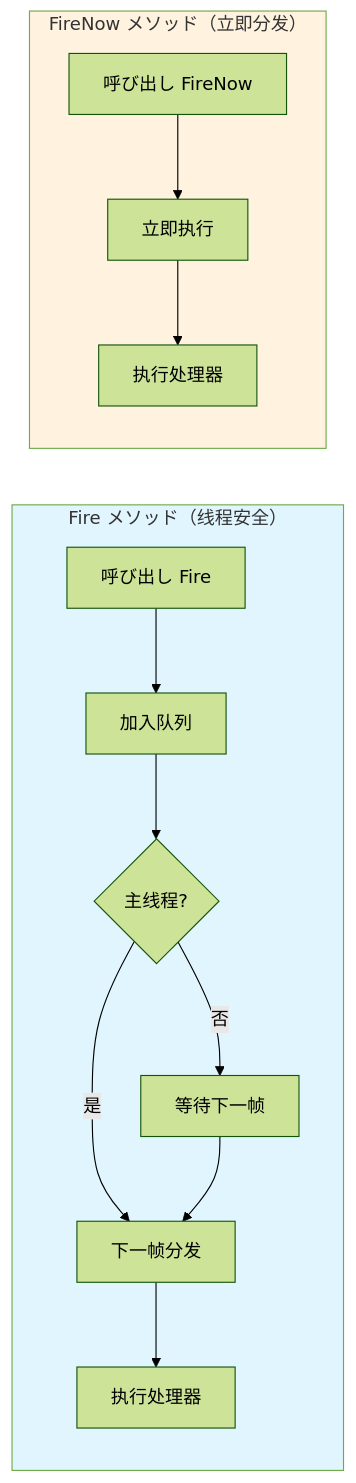
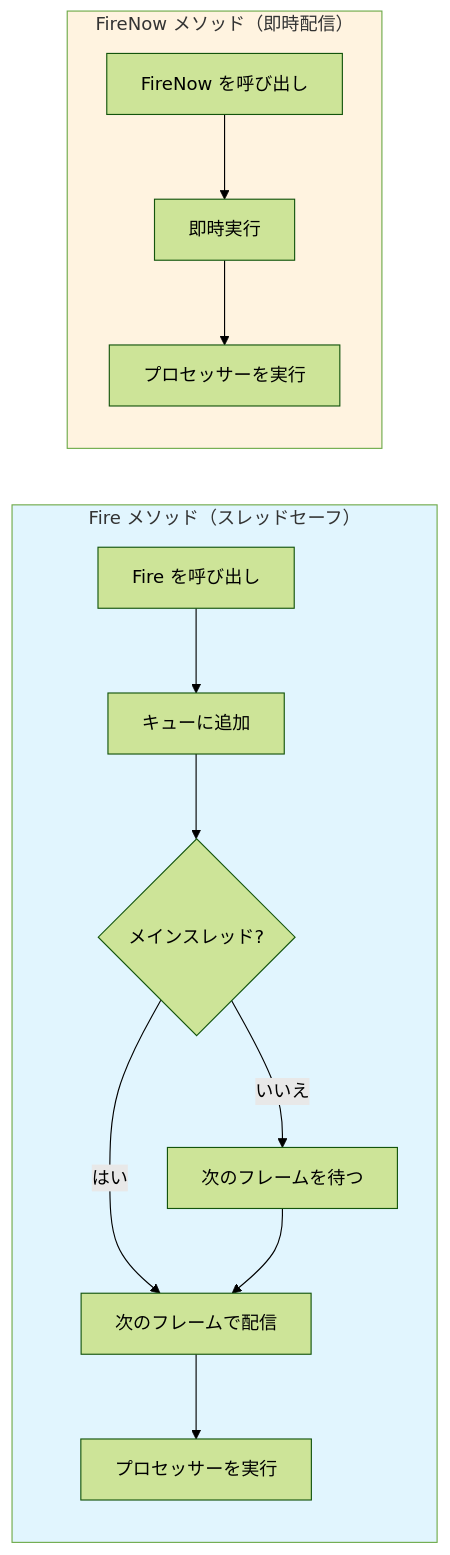
Before and after one commit to AlianBlank/GameFrameX.Docs: the third of 3 diagrams in docs/ja/client/unity/component/event/06.event-manager.md, drawn with Mermaid (forest theme). The commit also changed other lines of this file and 320 other files, not shown here.

````diff
--- a/docs/ja/client/unity/component/event/06.event-manager.md
+++ b/docs/ja/client/unity/component/event/06.event-manager.md
@@ -84,19 +84,19 @@
 ```mermaid
 flowchart LR
-    subgraph Fire["Fire メソッド（线程安全）"]
-        A1[呼び出し Fire] --> A2[加入队列]
-        A2 --> A3{主线程?}
-        A3 -->|否| A4[等待下一帧]
-        A3 -->|是| A5[下一帧分发]
+    subgraph Fire["Fire メソッド（スレッドセーフ）"]
+        A1[Fire を呼び出し] --> A2[キューに追加]
+        A2 --> A3{メインスレッド?}
+        A3 -->|いいえ| A4[次のフレームを待つ]
+        A3 -->|はい| A5[次のフレームで配信]
         A4 --> A5
-        A5 --> A6[执行处理器]
+        A5 --> A6[プロセッサーを実行]
     end
-    
-    subgraph FireNow["FireNow メソッド（立即分发）"]
-        B1[呼び出し FireNow] --> B2[立即执行]
-        B2 --> B3[执行处理器]
+
+    subgraph FireNow["FireNow メソッド（即時配信）"]
+        B1[FireNow を呼び出し] --> B2[即時実行]
+        B2 --> B3[プロセッサーを実行]
     end
-    
+
     style Fire fill:#e1f5fe
     style FireNow fill:#fff3e0
 ```
````
